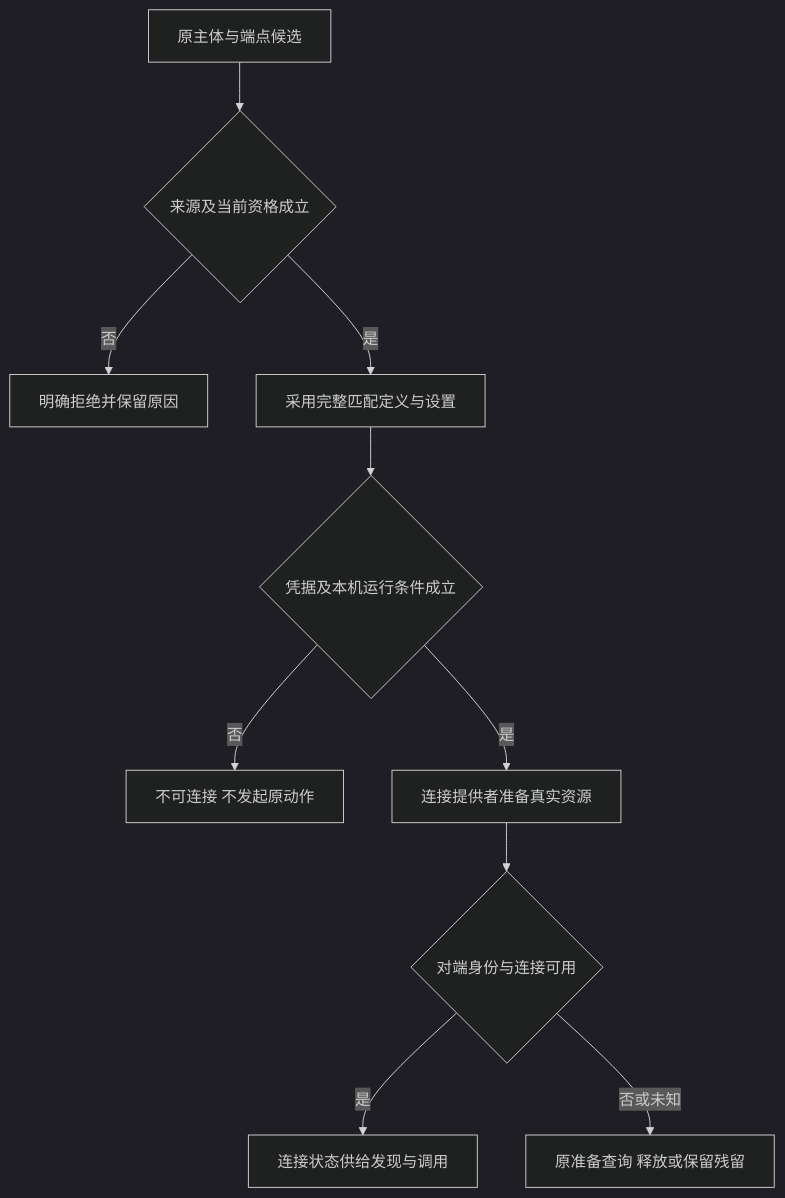
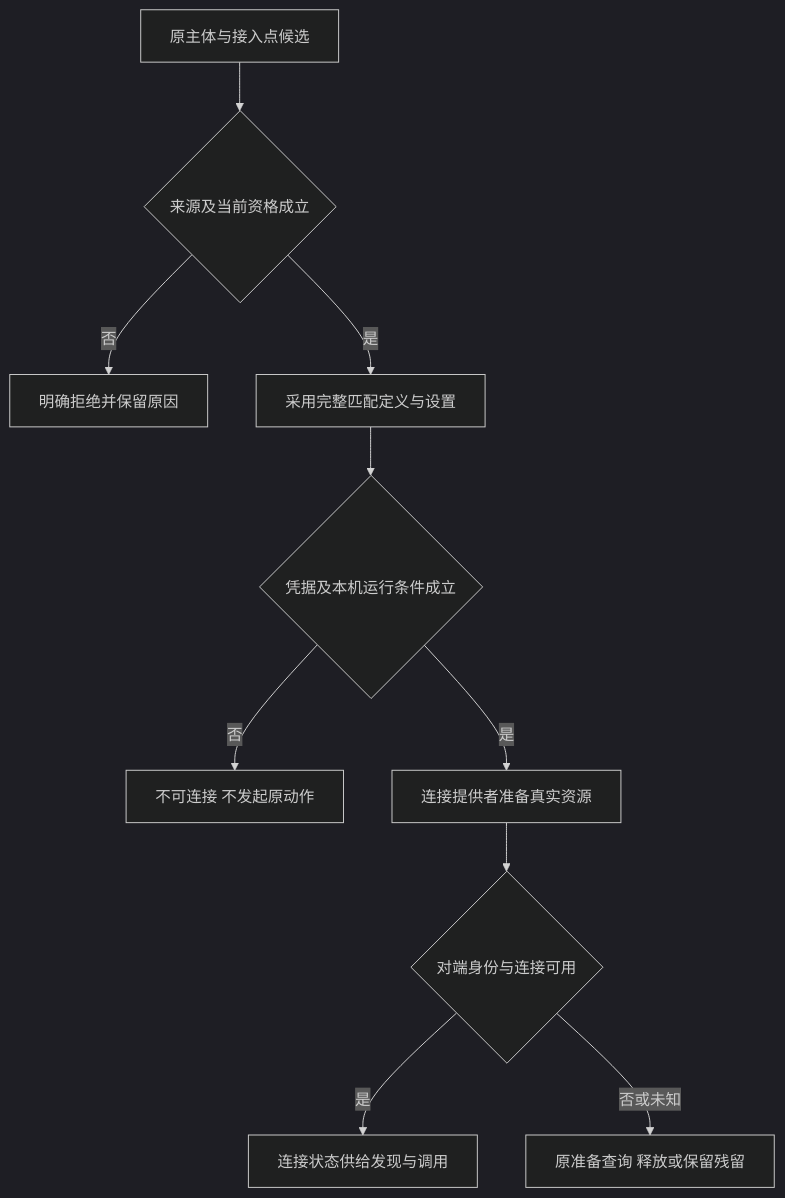
Before and after one commit to nemori-ai/omne-harness-lite: the first of 2 diagrams in packages/mcp/docs/key-flows.md, drawn with Mermaid (dark theme). The commit also changed other lines of this file and 70 other files, not shown here.

````diff
--- a/packages/mcp/docs/key-flows.md
+++ b/packages/mcp/docs/key-flows.md
@@ -9,12 +9,12 @@
 ```mermaid
 flowchart TD
-    A[原主体与端点候选] --> B{来源及当前资格成立}
+    A[原主体与接入点候选] --> B{来源及当前资格成立}
     B -->|否| R[明确拒绝并保留原因]
     B -->|是| C[采用完整匹配定义与设置]
     C --> D{凭据及本机运行条件成立}
     D -->|否| U[不可连接 不发起原动作]
     D -->|是| E[连接提供者准备真实资源]
     E --> F{对端身份与连接可用}
     F -->|是| G[连接状态供给发现与调用]
     F -->|否或未知| H[原准备查询 释放或保留残留]
 ```
````
